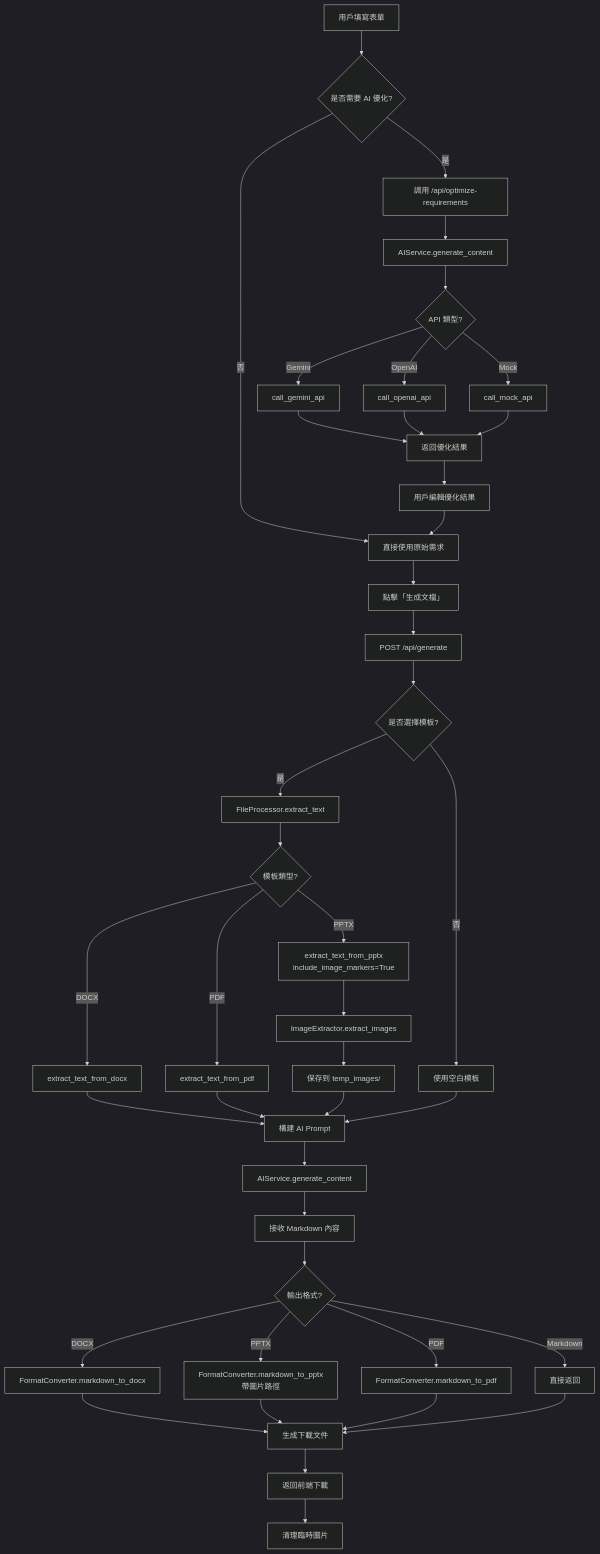
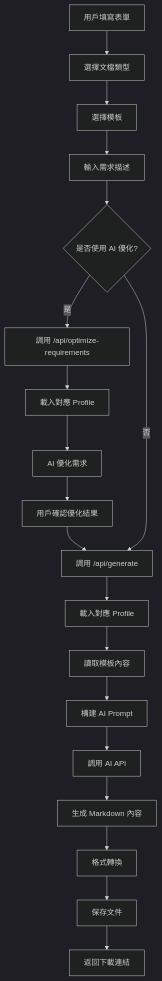
Before and after one commit to tototal5888-lab/doc-generator-v3: the first of 2 diagrams in PROJECT_LOGIC.md, drawn with Mermaid (dark theme). The commit also changed other lines of this file and 7 other files, not shown here.

````diff
--- a/PROJECT_LOGIC.md
+++ b/PROJECT_LOGIC.md
@@ -107,56 +105,21 @@
 ```mermaid
-flowchart TD
-    A[用戶填寫表單] --> B{是否需要 AI 優化?}
-    B -->|是| C[調用 /api/optimize-requirements]
-    B -->|否| D[直接使用原始需求]
-
-    C --> C1[AIService.generate_content]
-    C1 --> C2{API 類型?}
-    C2 -->|Gemini| C3[call_gemini_api]
-    C2 -->|OpenAI| C4[call_openai_api]
-    C2 -->|Mock| C5[call_mock_api]
-
-    C3 --> C6[返回優化結果]
-    C4 --> C6
-    C5 --> C6
-
-    C6 --> C7[用戶編輯優化結果]
-    C7 --> D
-
-    D --> E[點擊「生成文檔」]
-    E --> F[POST /api/generate]
-
-    F --> G{是否選擇模板?}
-    G -->|是| H[FileProcessor.extract_text]
-    G -->|否| I[使用空白模板]
-
-    H --> H1{模板類型?}
-    H1 -->|PPTX| H2[extract_text_from_pptx<br/>include_image_markers=True]
-    H1 -->|DOCX| H3[extract_text_from_docx]
-    H1 -->|PDF| H4[extract_text_from_pdf]
-
-    H2 --> H5[ImageExtractor.extract_images]
-    H5 --> H6[保存到 temp_images/]
-
-    H3 --> J
-    H4 --> J
-    H6 --> J
-    I --> J
-
-    J[構建 AI Prompt] --> K[AIService.generate_content]
-    K --> L[接收 Markdown 內容]
-
-    L --> M{輸出格式?}
-    M -->|DOCX| N[FormatConverter.markdown_to_docx]
-    M -->|PPTX| O[FormatConverter.markdown_to_pptx<br/>帶圖片路徑]
-    M -->|PDF| P[FormatConverter.markdown_to_pdf]
-    M -->|Markdown| Q[直接返回]
-
-    N --> R[生成下載文件]
-    O --> R
-    P --> R
-    Q --> R
-
-    R --> S[返回前端下載]
-    S --> T[清理臨時圖片]
+graph TD
+    A[用戶填寫表單] --> B[選擇文檔類型]
+    B --> C[選擇模板]
+    C --> D[輸入需求描述]
+    D --> E{是否使用 AI 優化?}
+    E -->|是| F[調用 /api/optimize-requirements]
+    F --> G[載入對應 Profile]
+    G --> H[AI 優化需求]
+    H --> I[用戶確認優化結果]
+    I --> J[調用 /api/generate]
+    E -->|否| J
+    J --> K[載入對應 Profile]
+    K --> L[讀取模板內容]
+    L --> M[構建 AI Prompt]
+    M --> N[調用 AI API]
+    N --> O[生成 Markdown 內容]
+    O --> P[格式轉換]
+    P --> Q[保存文件]
+    Q --> R[返回下載連結]
 ```
````
